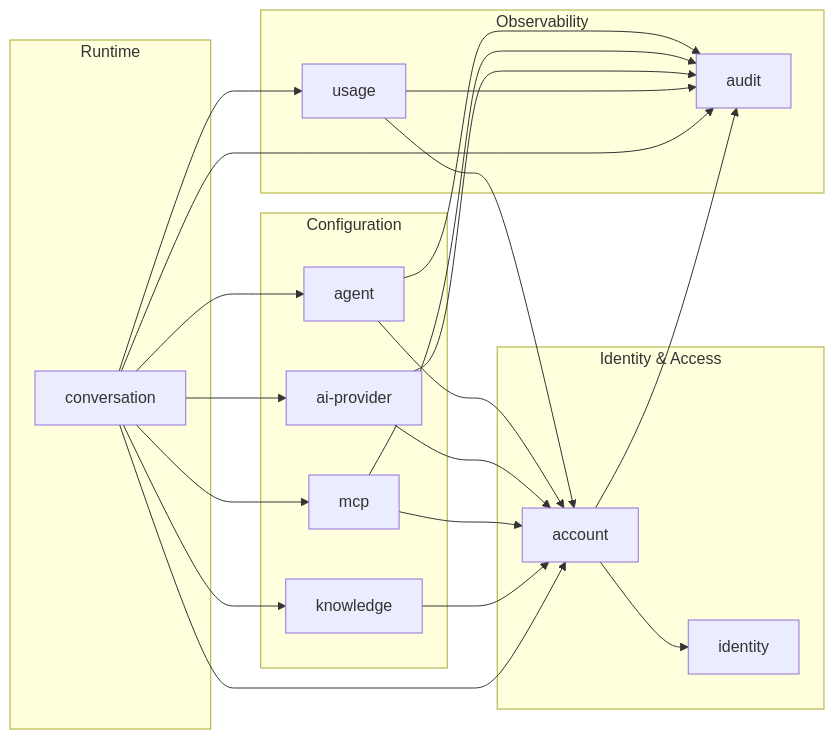
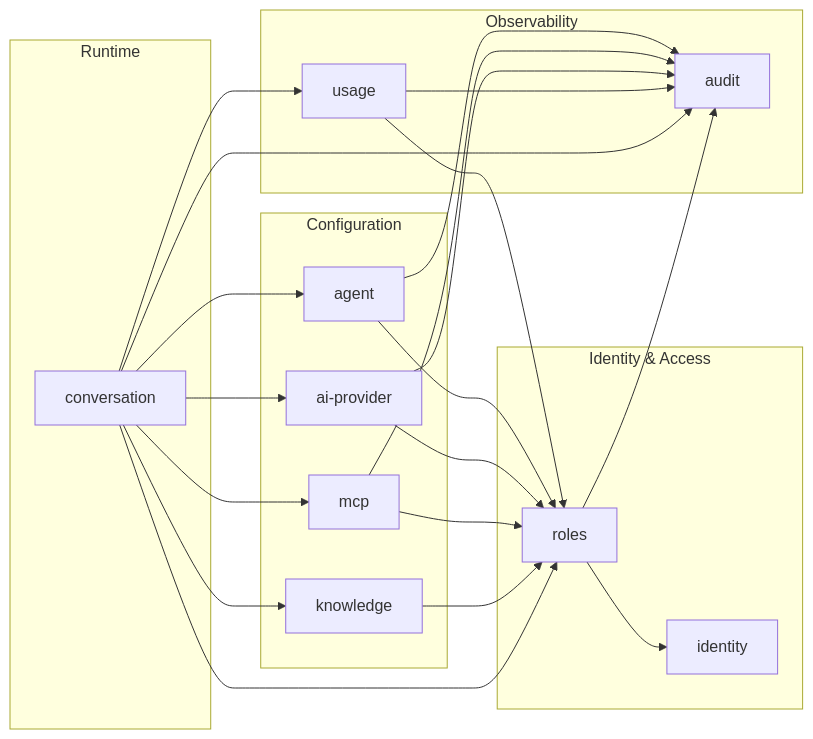
The diagram in docs/architecture/module-diagram.md (Talqo/talqo), drawn with Mermaid before and after one commit. The commit also changed other lines of this file and 3 other files, not shown here.

````diff
--- a/docs/architecture/module-diagram.md
+++ b/docs/architecture/module-diagram.md
@@ -9,45 +9,45 @@
 ```mermaid
 graph LR
     subgraph "Identity & Access"
         identity[identity]
-        account[account]
+        roles[roles]
     end
 
     subgraph "Configuration"
         agent[agent]
         ai_provider["ai-provider"]
         mcp[mcp]
         knowledge[knowledge]
     end
 
     subgraph "Runtime"
         conversation[conversation]
     end
 
     subgraph "Observability"
         usage[usage]
         audit[audit]
     end
 
-    account --> identity
+    roles --> identity
 
-    agent --> account
-    ai_provider --> account
-    mcp --> account
-    knowledge --> account
-    usage --> account
+    agent --> roles
+    ai_provider --> roles
+    mcp --> roles
+    knowledge --> roles
+    usage --> roles
 
     conversation --> agent
     conversation --> ai_provider
     conversation --> mcp
     conversation --> knowledge
     conversation --> usage
-    conversation --> account
+    conversation --> roles
 
-    account --> audit
+    roles --> audit
     agent --> audit
     mcp --> audit
     ai_provider --> audit
     usage --> audit
     conversation --> audit
 ```
````
